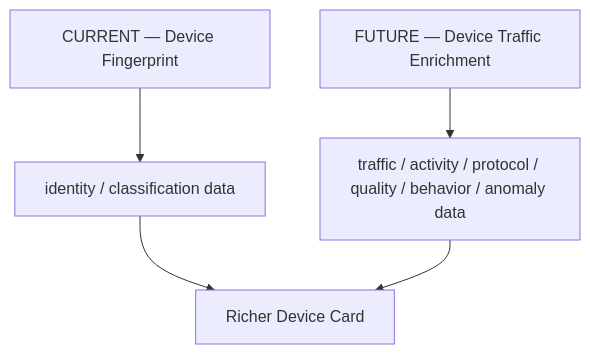
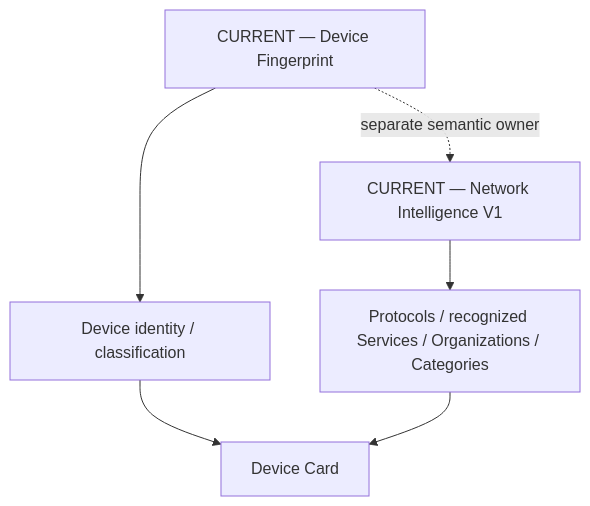
Diagram 27 of 44 in README.md (ZaurNavi/CaptivePortal), drawn with Mermaid before and after one commit. The commit also changed other lines of this file and 16 other files, not shown here.

Commit message:
docs: close Network Intelligence V1 knowledge base

````diff
--- a/README.md
+++ b/README.md
@@ -805,7 +1067,8 @@
 ```mermaid
 flowchart TD
-    DF["CURRENT — Device Fingerprint"] --> ID["identity / classification data"]
-    TE["FUTURE — Device Traffic Enrichment"] --> TI["traffic / activity / protocol / quality / behavior / anomaly data"]
-    ID --> CARD[Richer Device Card]
-    TI --> CARD
+    DF["CURRENT — Device Fingerprint"] --> ID["Device identity / classification"]
+    NI["CURRENT — Network Intelligence V1"] --> INTEL["Protocols / recognized Services / Organizations / Categories"]
+    ID --> CARD[Device Card]
+    INTEL --> CARD
+    DF -. separate semantic owner .-> NI
 ```
````
